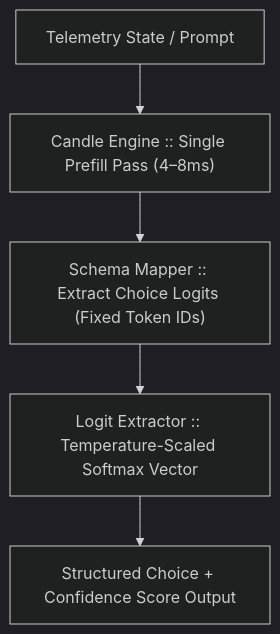
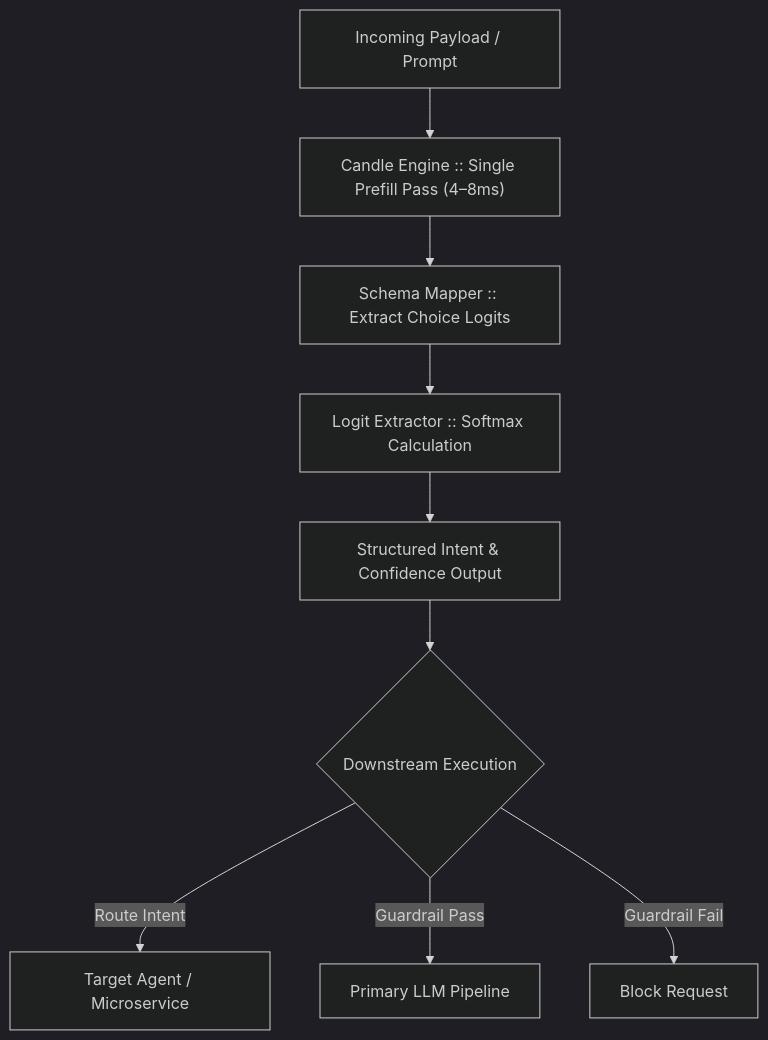
Before and after one commit to nareshgcv/kronos: the diagram in README.md, drawn with Mermaid (dark theme). The commit also changed other lines of this file, not shown here.

Commit message:
Revise architecture overview and flowchart details
Updated architecture overview and flowchart in README.

````diff
--- a/README.md
+++ b/README.md
@@ -21,7 +24,12 @@
 ```mermaid
 flowchart TD
-    A["Telemetry State / Prompt"] --> B["Candle Engine :: Single Prefill Pass (4–8ms)"]
-    B --> C["Schema Mapper :: Extract Choice Logits (Fixed Token IDs)"]
-    C --> D["Logit Extractor :: Temperature-Scaled Softmax Vector"]
-    D --> E["Structured Choice + Confidence Score Output"]
+    A["Incoming Payload / Prompt"] --> B["Candle Engine :: Single Prefill Pass (4–8ms)"]
+    B --> C["Schema Mapper :: Extract Choice Logits"]
+    C --> D["Logit Extractor :: Softmax Calculation"]
+    D --> E["Structured Intent & Confidence Output"]
+    
+    E --> F{"Downstream Execution"}
+    F -->|Route Intent| G["Target Agent / Microservice"]
+    F -->|Guardrail Pass| H["Primary LLM Pipeline"]
+    F -->|Guardrail Fail| I["Block Request"]
 ```
````
